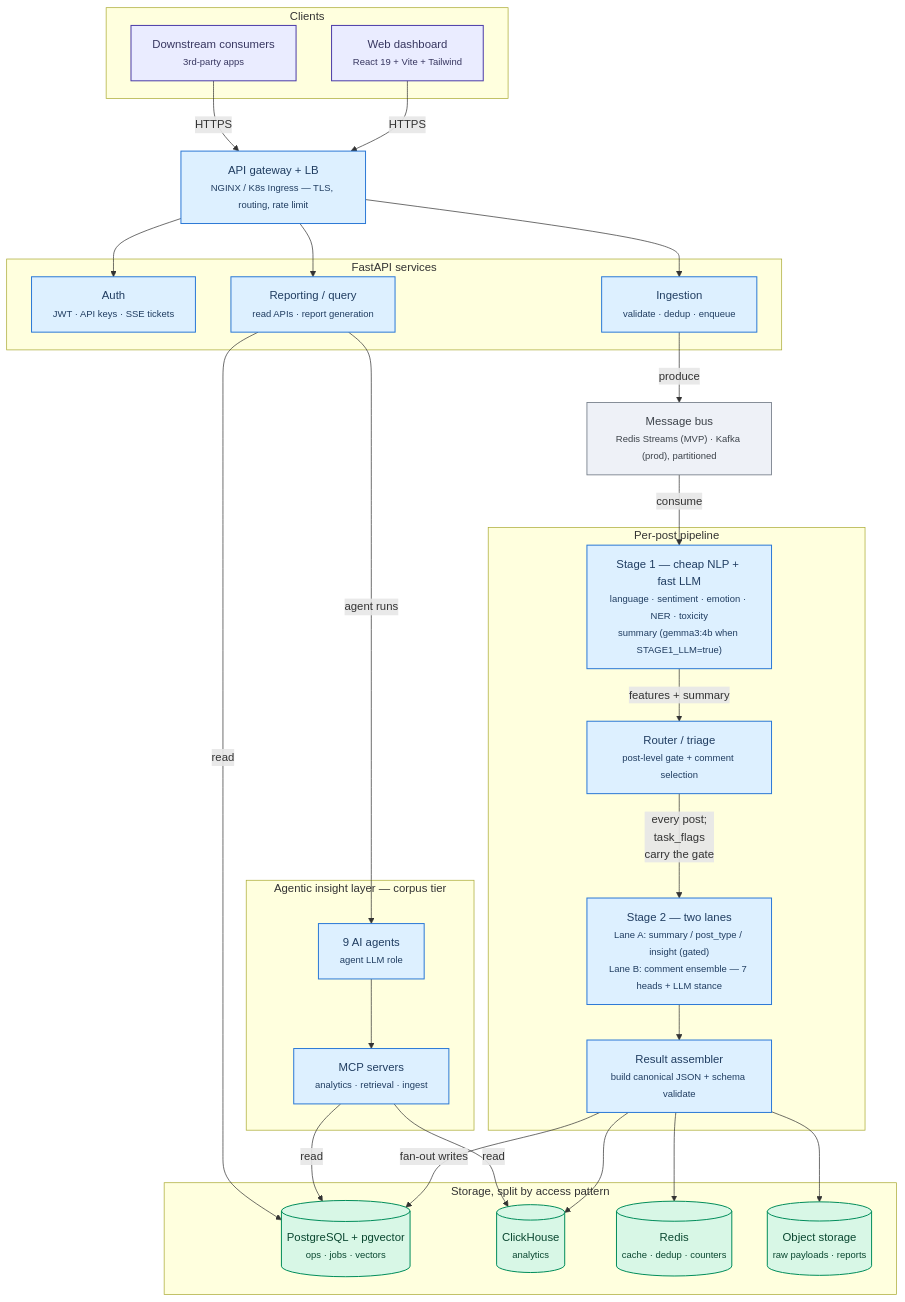
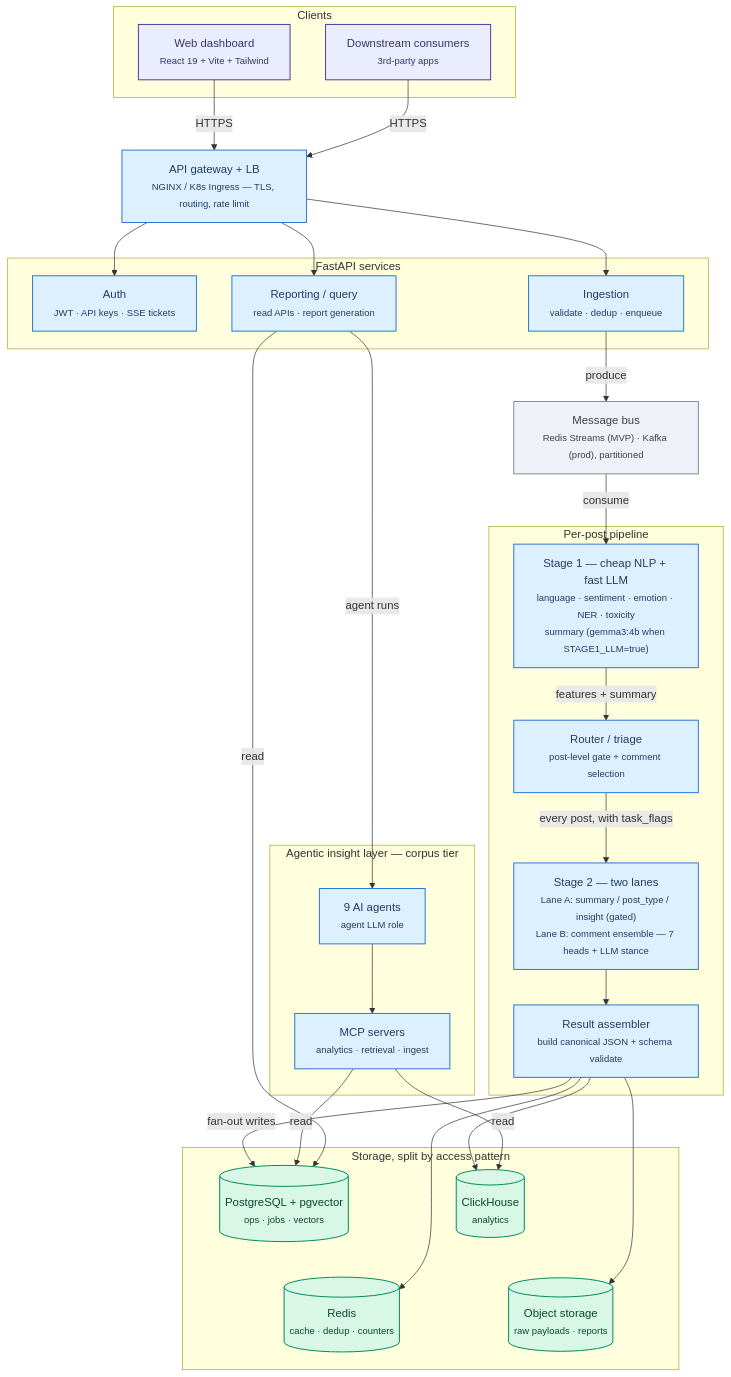
One commit to Bishwajit-2810/Defense changed the diagram in paper/diagrams/fig-architecture.mmd. Above: the diagram before and after it, drawn with Mermaid. The commit also changed 40 other files, not shown here.

```diff
--- a/paper/diagrams/fig-architecture.mmd
+++ b/paper/diagrams/fig-architecture.mmd
@@ -1,65 +1,67 @@
 graph TD
     subgraph clients["Clients"]
         Dash["Web dashboard<br/><small>React 19 + Vite + Tailwind</small>"]
         Consumers["Downstream consumers<br/><small>3rd-party apps</small>"]
     end
 
     GW["API gateway + LB<br/><small>NGINX / K8s Ingress — TLS, routing, rate limit</small>"]
     Dash -- "HTTPS" --> GW
     Consumers -- "HTTPS" --> GW
 
     subgraph api["FastAPI services"]
         Auth["Auth<br/><small>JWT · API keys · SSE tickets</small>"]
         Ingest["Ingestion<br/><small>validate · dedup · enqueue</small>"]
         Report["Reporting / query<br/><small>read APIs · report generation</small>"]
     end
     GW --> Auth
     GW --> Ingest
     GW --> Report
 
     Bus["Message bus<br/><small>Redis Streams (MVP) · Kafka (prod), partitioned</small>"]
     Ingest -- "produce" --> Bus
 
     subgraph pipeline["Per-post pipeline"]
         S1["Stage 1 — cheap NLP + fast LLM<br/><small>language · sentiment · emotion · NER · toxicity<br/>summary (gemma3:4b when STAGE1_LLM=true)</small>"]
         Router["Router / triage<br/><small>post-level gate + comment selection</small>"]
         S2["Stage 2 — two lanes<br/><small>Lane A: summary / post_type / insight (gated)<br/>Lane B: comment ensemble — 7 heads + LLM stance</small>"]
         Asm["Result assembler<br/><small>build canonical JSON + schema validate</small>"]
     end
 
     Bus -- "consume" --> S1
     S1 -- "features + summary" --> Router
-    Router -- "every post;<br/>task_flags<br/>carry the gate" --> S2
+    Router -- "every post, with task_flags" --> S2
     S2 --> Asm
 
     subgraph agentlayer["Agentic insight layer — corpus tier"]
         Agents["9 AI agents<br/><small>agent LLM role</small>"]
         MCP["MCP servers<br/><small>analytics · retrieval · ingest</small>"]
     end
     Report -- "agent runs" --> Agents
     Agents --> MCP
 
     subgraph stores["Storage, split by access pattern"]
         PG[("PostgreSQL + pgvector<br/><small>ops · jobs · vectors</small>")]
         CH[("ClickHouse<br/><small>analytics</small>")]
         RD[("Redis<br/><small>cache · dedup · counters</small>")]
         OS[("Object storage<br/><small>raw payloads · reports</small>")]
+        PG ~~~ RD
+        CH ~~~ OS
     end
 
     Asm -- "fan-out writes" --> PG
     Asm --> CH
     Asm --> OS
     Asm --> RD
     MCP -- "read" --> PG
     MCP -- "read" --> CH
     Report -- "read" --> PG
 
     class Dash,Consumers entry
     class GW,Auth,Ingest,Report,S1,Router,S2,Asm,Agents,MCP svc
     class Bus tool
     class PG,CH,RD,OS store
 
     classDef entry fill:#eaecff,stroke:#4a3aa7,stroke-width:1.4px,color:#373660
     classDef svc fill:#ddf0ff,stroke:#2a78d6,stroke-width:1.4px,color:#203d61
     classDef store fill:#d8f7e6,stroke:#008d5a,stroke-width:1.4px,color:#0a4730
     classDef tool fill:#eef1f7,stroke:#747d88,stroke-width:1.2px,color:#3c4249
```
